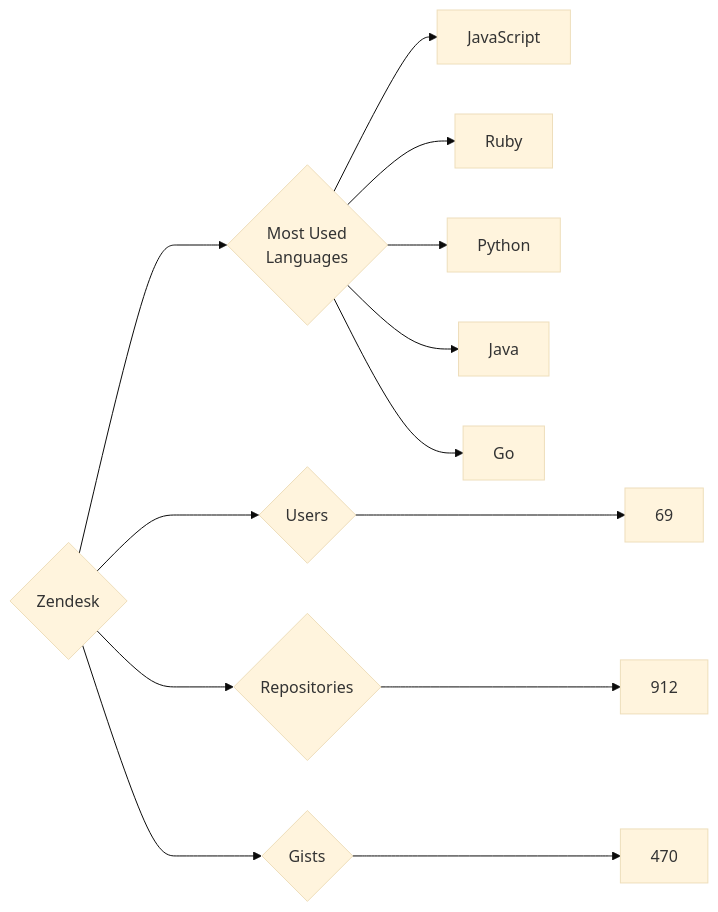
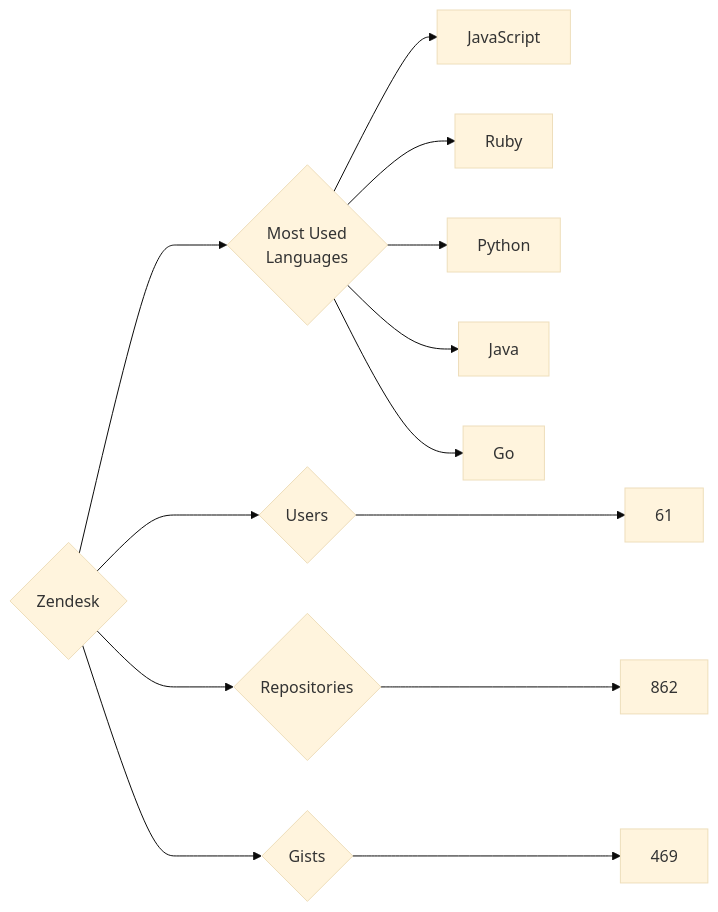
One commit to trickest/insiders changed the diagram in targets/Zendesk/README.md. Above: the diagram before and after it, drawn with Mermaid (base theme). The commit also changed 912 other files, not shown here.

````diff
--- a/targets/Zendesk/README.md
+++ b/targets/Zendesk/README.md
@@ -3,13 +3,13 @@
 ```mermaid
 graph LR
 COMPANY_NAME{Zendesk}
-COMPANY_NAME ---> U{Users} ---> UN[69]
-COMPANY_NAME ---> R{Repositories} ---> RN[912]
-COMPANY_NAME ---> G{Gists} ---> GN[470]
+COMPANY_NAME ---> U{Users} ---> UN[61]
+COMPANY_NAME ---> R{Repositories} ---> RN[862]
+COMPANY_NAME ---> G{Gists} ---> GN[469]
 COMPANY_NAME ---> ML{Most Used<br>Languages}
 ML --> JavaScript[JavaScript]
 ML --> Ruby[Ruby]
 ML --> Python[Python]
 ML --> Java[Java]
 ML --> Go[Go]
 ```
````
